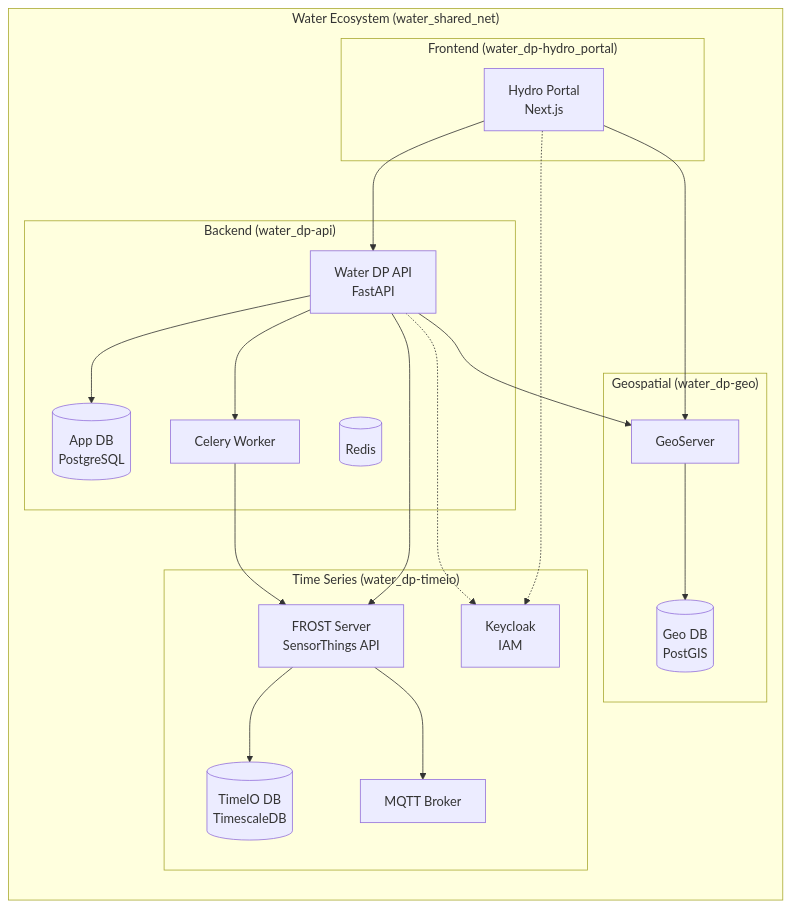
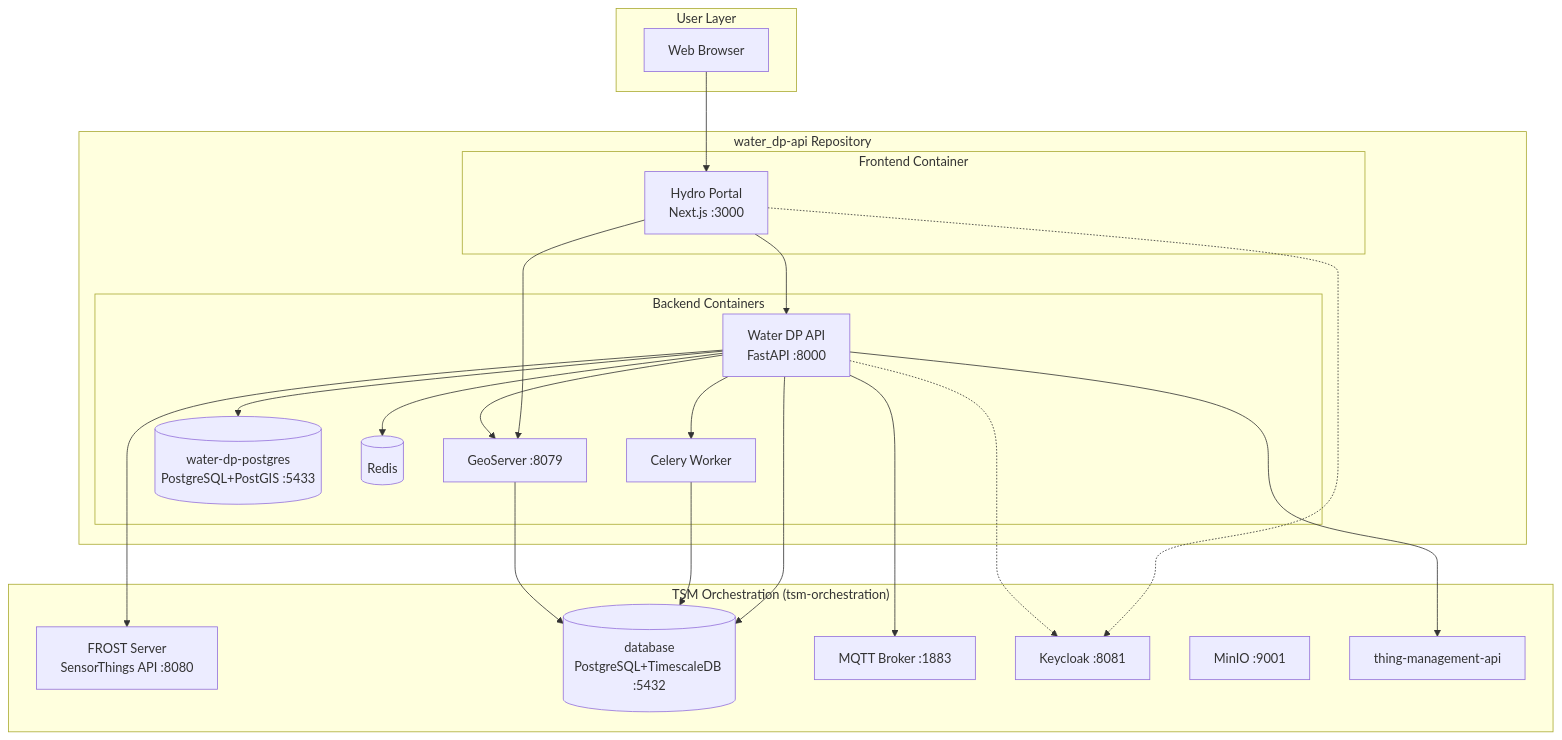
Before and after one commit to Siki-ux/water_dp-api: the first of 4 diagrams in README.md, drawn with Mermaid. The commit also changed other lines of this file and 229 other files, not shown here.

````diff
--- a/README.md
+++ b/README.md
@@ -16,43 +20,45 @@
 ```mermaid
 graph TB
-    subgraph "Water Ecosystem (water_shared_net)"
-        direction TB
-        
-        subgraph "Frontend (water_dp-hydro_portal)"
-            Portal[Hydro Portal<br/>Next.js]
+    subgraph "User Layer"
+        Browser[Web Browser]
+    end
+
+    subgraph "water_dp-api Repository"
+        subgraph "Frontend Container"
+            Portal[Hydro Portal<br/>Next.js :3000]
         end
 
-        subgraph "Backend (water_dp-api)"
-            API[Water DP API<br/>FastAPI]
+        subgraph "Backend Containers"
+            API[Water DP API<br/>FastAPI :8000]
             Worker[Celery Worker]
-            DB[(App DB<br/>PostgreSQL)]
+            AppDB[(water-dp-postgres<br/>PostgreSQL+PostGIS :5433)]
             Redis[(Redis)]
-        end
-
-        subgraph "Geospatial (water_dp-geo)"
-            GeoServer[GeoServer]
-            PostGIS[(Geo DB<br/>PostGIS)]
-        end
-
-        subgraph "Time Series (water_dp-timeio)"
-            Frost[FROST Server<br/>SensorThings API]
-            TimeDB[(TimeIO DB<br/>TimescaleDB)]
-            MQTT[MQTT Broker]
-            Keycloak[Keycloak<br/>IAM]
+            GeoServer[GeoServer :8079]
         end
     end
 
-    %% Connections
+    subgraph "TSM Orchestration (tsm-orchestration)"
+        FROST[FROST Server<br/>SensorThings API :8080]
+        TimeDB[(database<br/>PostgreSQL+TimescaleDB :5432)]
+        MQTT[MQTT Broker :1883]
+        Keycloak[Keycloak :8081]
+        MinIO[MinIO :9001]
+        ThingMgmt[thing-management-api]
+    end
+
+    Browser --> Portal
     Portal --> API
     Portal --> GeoServer
-    API --> DB
+    API --> AppDB
+    API --> Redis
     API --> Worker
-    API --> Frost
+    API --> FROST
     API --> GeoServer
-    Worker --> Frost
-    GeoServer --> PostGIS
-    Frost --> TimeDB
-    Frost --> MQTT
+    API --> TimeDB
+    API --> MQTT
+    API --> ThingMgmt
+    Worker --> TimeDB
+    GeoServer --> TimeDB
     Portal -.-> Keycloak
     API -.-> Keycloak
 ```
````
